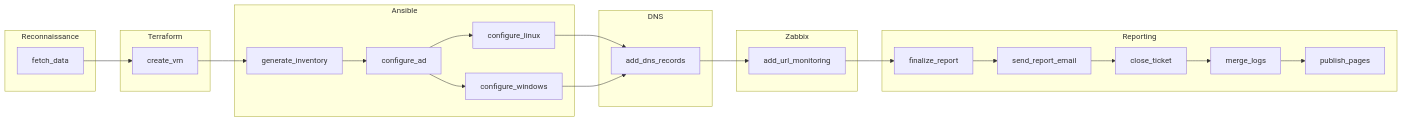
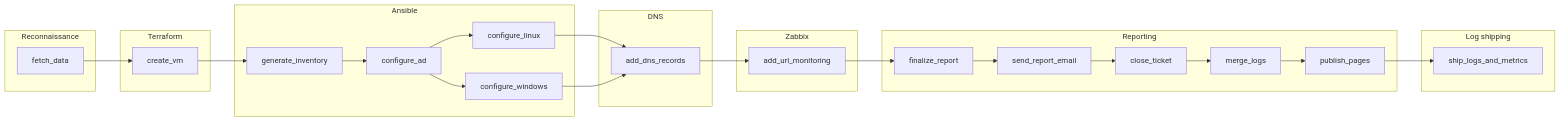
Before and after one commit to sina-zare/VM-Creation-Automation: the first of 2 diagrams in README.md, drawn with Mermaid. The commit also changed other lines of this file and 21 other files, not shown here.

````diff
--- a/README.md
+++ b/README.md
@@ -58,51 +69,56 @@
 ```mermaid
 flowchart LR
 
     subgraph Reconnaissance
         F[fetch_data]
     end
 
     subgraph Terraform
         C[create_vm]
     end
 
     subgraph Ansible
         G[generate_inventory]
         AD[configure_ad]
         W[configure_windows]
         L[configure_linux]
     end
 
     subgraph DNS
         D[add_dns_records]
     end
 
     subgraph Zabbix
         Z[add_url_monitoring]
     end
 
     subgraph Reporting
         R[finalize_report]
         E[send_report_email]
         X[close_ticket]
         M[merge_logs]
         P[publish_pages]
     end
 
+    subgraph LogShipping[Log shipping]
+        S[ship_logs_and_metrics]
+    end
+
     F --> C
     C --> G
     G --> AD
     AD --> W
     AD --> L
 
     L --> D
     W --> D
     D --> Z
 
     Z --> R
 
     R --> E
     E --> X
     X --> M
     M --> P
+    P --> S
 ```
````
